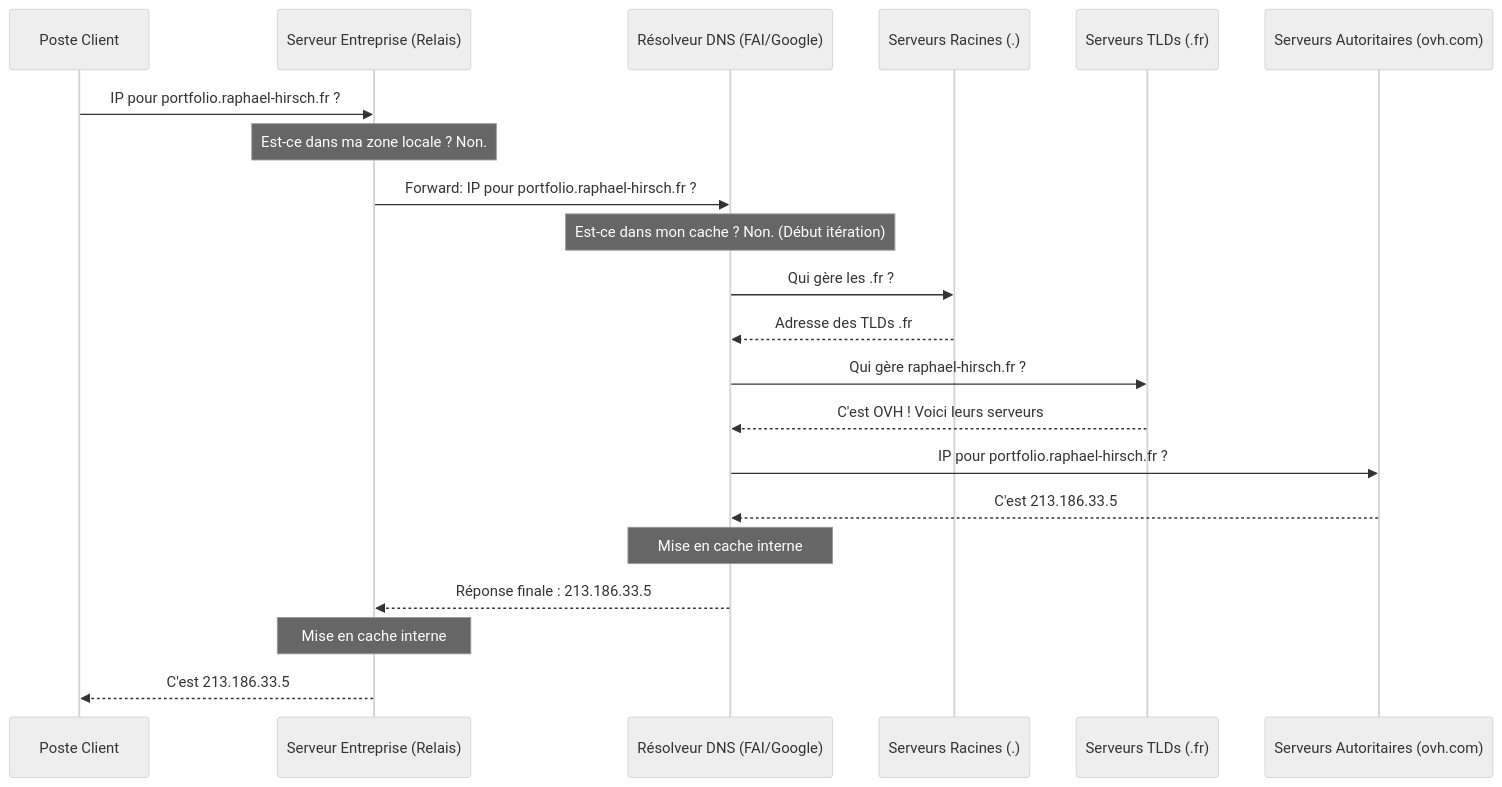
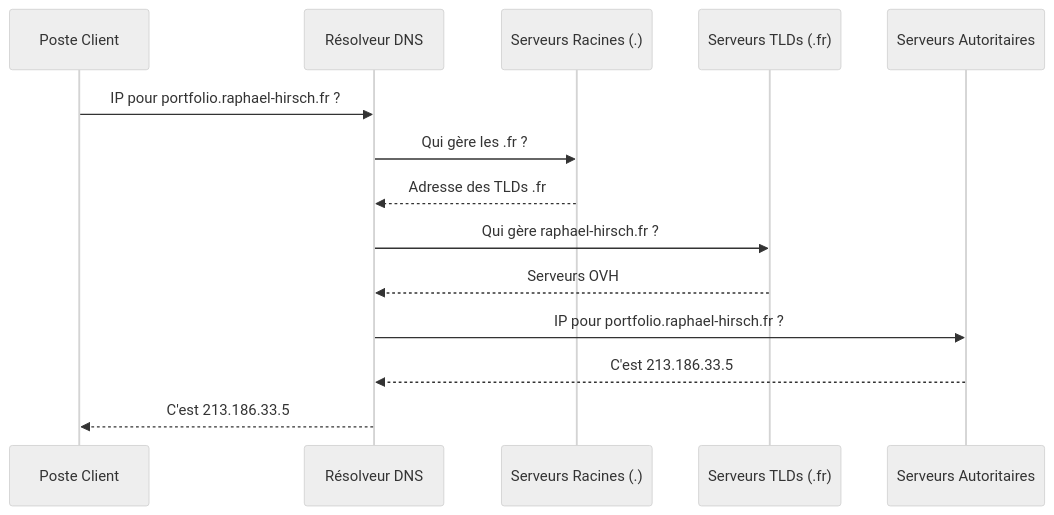
The second of 2 diagrams in docs/Systeme/Services/dns.md (MontSekai/Documentations), drawn with Mermaid (neutral theme) before and after one commit. The commit also changed other lines of this file and 50 other files, not shown here.

````diff
--- a/docs/Systeme/Services/dns.md
+++ b/docs/Systeme/Services/dns.md
@@ -102,30 +49,17 @@
 ```mermaid
 sequenceDiagram
     participant PC as Poste Client
-    participant Relais as Serveur Entreprise (Relais)
-    participant Resolver as Résolveur DNS (FAI/Google)
+    participant Resolver as Résolveur DNS
     participant Racine as Serveurs Racines (.)
     participant TLD as Serveurs TLDs (.fr)
-    participant Auth as Serveurs Autoritaires (ovh.com)
+    participant Auth as Serveurs Autoritaires
 
-    PC->>Relais: IP pour portfolio.raphael-hirsch.fr ?
-    
-    Note over Relais: Est-ce dans ma zone locale ? Non.
-    Relais->>Resolver: Forward: IP pour portfolio.raphael-hirsch.fr ?
-    
-    Note over Resolver: Est-ce dans mon cache ? Non. (Début itération)
+    PC->>Resolver: IP pour portfolio.raphael-hirsch.fr ?
     Resolver->>Racine: Qui gère les .fr ?
     Racine-->>Resolver: Adresse des TLDs .fr
-    
     Resolver->>TLD: Qui gère raphael-hirsch.fr ?
-    TLD-->>Resolver: C'est OVH ! Voici leurs serveurs
-    
+    TLD-->>Resolver: Serveurs OVH
     Resolver->>Auth: IP pour portfolio.raphael-hirsch.fr ?
     Auth-->>Resolver: C'est 213.186.33.5
-    
-    Note over Resolver: Mise en cache interne
-    Resolver-->>Relais: Réponse finale : 213.186.33.5
-    
-    Note over Relais: Mise en cache interne
-    Relais-->>PC: C'est 213.186.33.5
+    Resolver-->>PC: C'est 213.186.33.5
 ```
````
